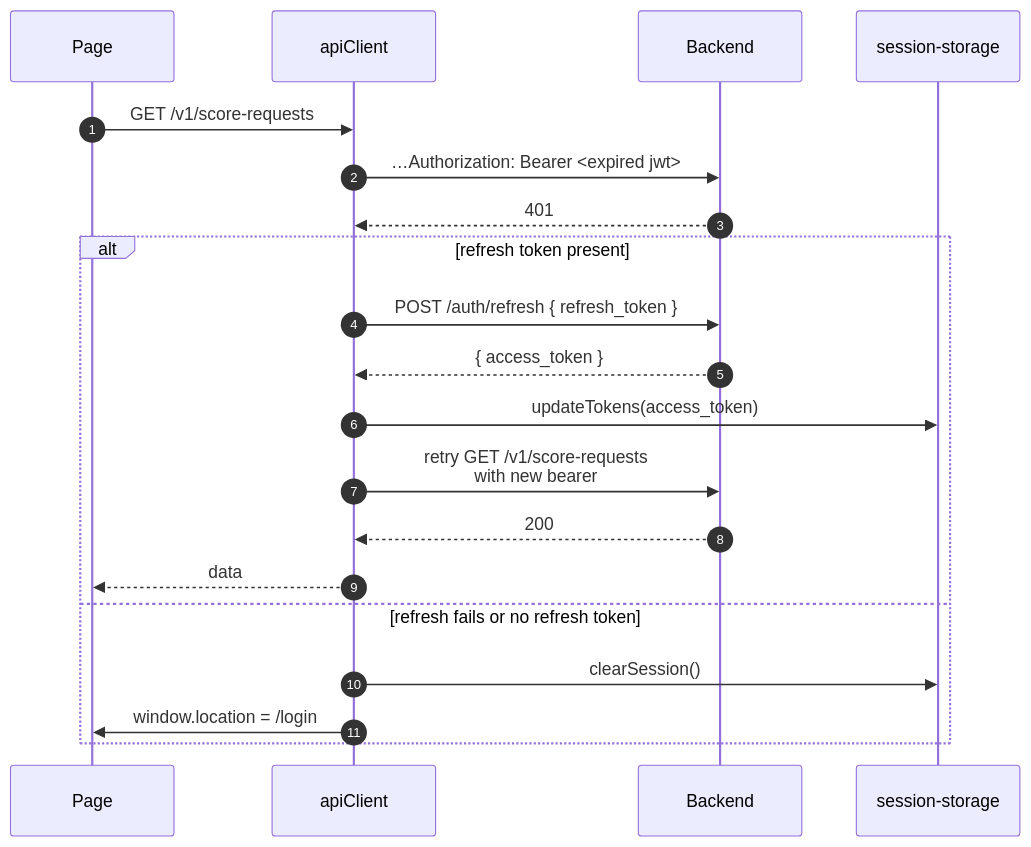
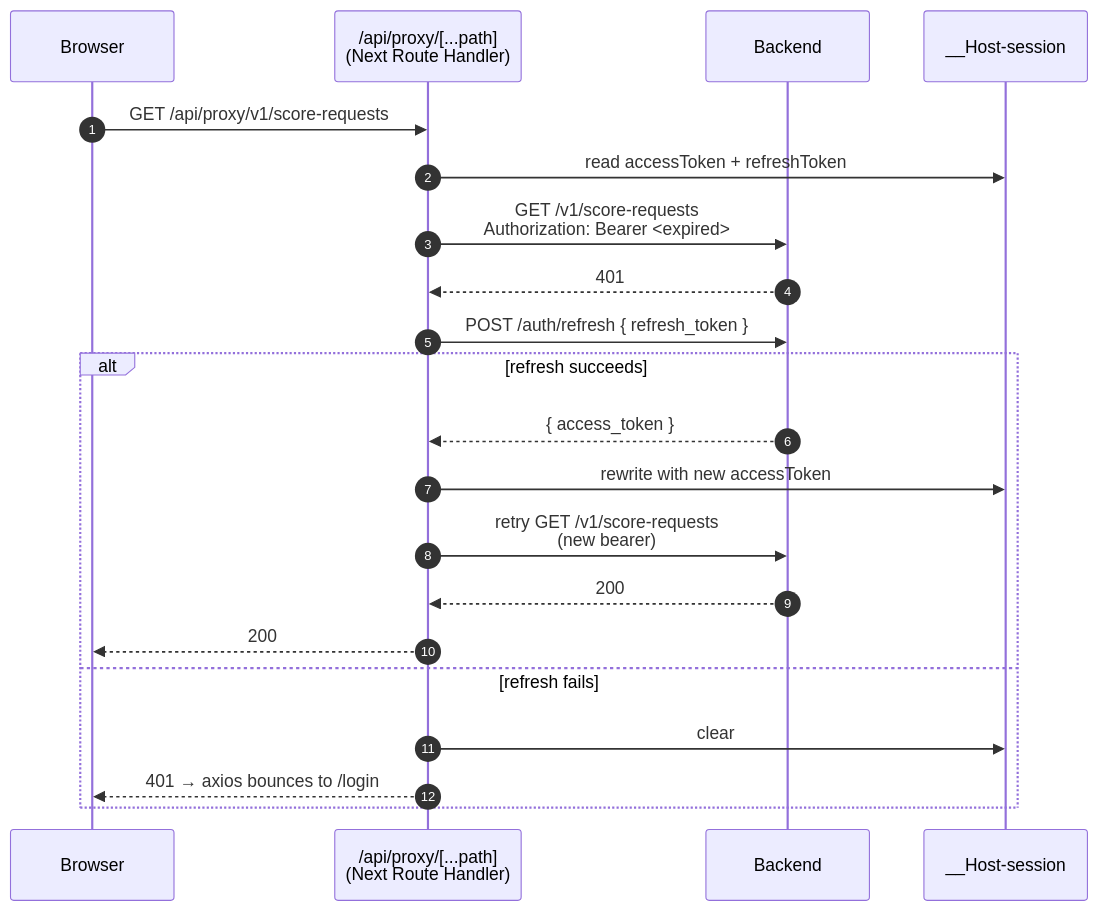
Before and after one commit to blacheinc/payswitch-cs-frontend: the second of 4 diagrams in docs/auth-and-rbac.md, drawn with Mermaid. The commit also changed other lines of this file and 46 other files, not shown here.

Commit message:
refactor: modify authentication flow to improve security and penetration guard

````diff
--- a/docs/auth-and-rbac.md
+++ b/docs/auth-and-rbac.md
@@ -73,23 +76,24 @@
 ```mermaid
 sequenceDiagram
     autonumber
-    participant Page
-    participant Axios as apiClient
+    participant Page as Browser
+    participant NextProxy as /api/proxy/[...path]<br/>(Next Route Handler)
     participant API as Backend
-    participant Store as session-storage
+    participant Cookie as __Host-session
 
-    Page->>Axios: GET /v1/score-requests
-    Axios->>API: …Authorization: Bearer <expired jwt>
-    API-->>Axios: 401
-    alt refresh token present
-        Axios->>API: POST /auth/refresh { refresh_token }
-        API-->>Axios: { access_token }
-        Axios->>Store: updateTokens(access_token)
-        Axios->>API: retry GET /v1/score-requests<br/>with new bearer
-        API-->>Axios: 200
-        Axios-->>Page: data
-    else refresh fails or no refresh token
-        Axios->>Store: clearSession()
-        Axios->>Page: window.location = /login
+    Page->>NextProxy: GET /api/proxy/v1/score-requests
+    NextProxy->>Cookie: read accessToken + refreshToken
+    NextProxy->>API: GET /v1/score-requests<br/>Authorization: Bearer <expired>
+    API-->>NextProxy: 401
+    NextProxy->>API: POST /auth/refresh { refresh_token }
+    alt refresh succeeds
+        API-->>NextProxy: { access_token }
+        NextProxy->>Cookie: rewrite with new accessToken
+        NextProxy->>API: retry GET /v1/score-requests<br/>(new bearer)
+        API-->>NextProxy: 200
+        NextProxy-->>Page: 200
+    else refresh fails
+        NextProxy->>Cookie: clear
+        NextProxy-->>Page: 401 → axios bounces to /login
     end
 ```
````
